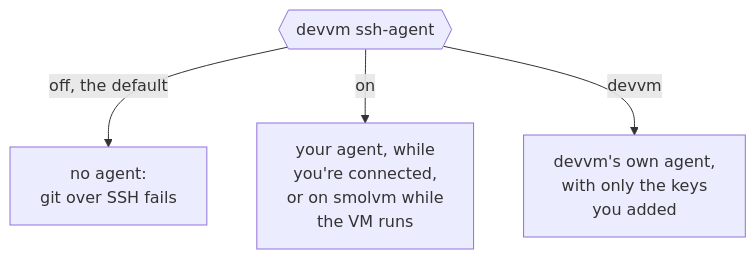
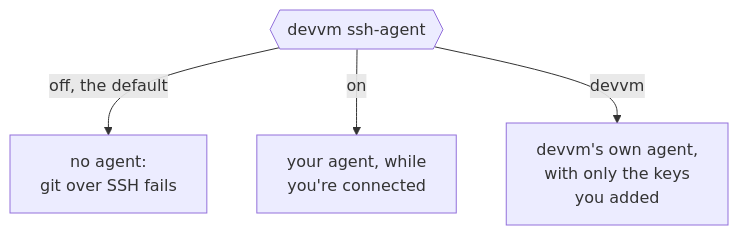
One commit to DustyPolk/devvm changed the diagram in docs/content/docs/using/ssh.md. Above: the diagram before and after it, drawn with Mermaid. The commit also changed other lines of this file and 161 other files, not shown here.

````diff
--- a/docs/content/docs/using/ssh.md
+++ b/docs/content/docs/using/ssh.md
@@ -46,7 +46,7 @@
 ```mermaid
 flowchart TD
   choice{{"devvm ssh-agent"}}
   choice -- "off, the default" --> off["no agent:<br>git over SSH fails"]
-  choice -- "on" --> on["your agent, while<br>you're connected,<br>or on smolvm while<br>the VM runs"]
+  choice -- "on" --> on["your agent, while<br>you're connected"]
   choice -- "devvm" --> own["devvm's own agent,<br>with only the keys<br>you added"]
 ```
````
